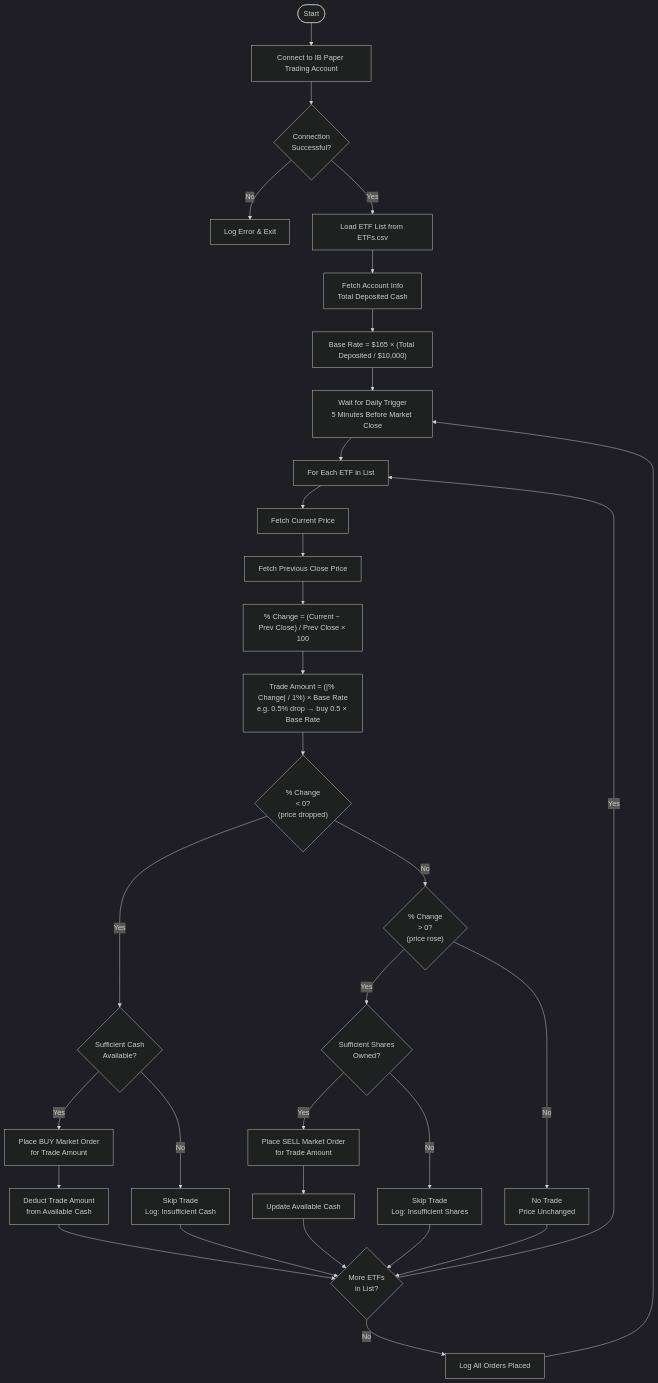
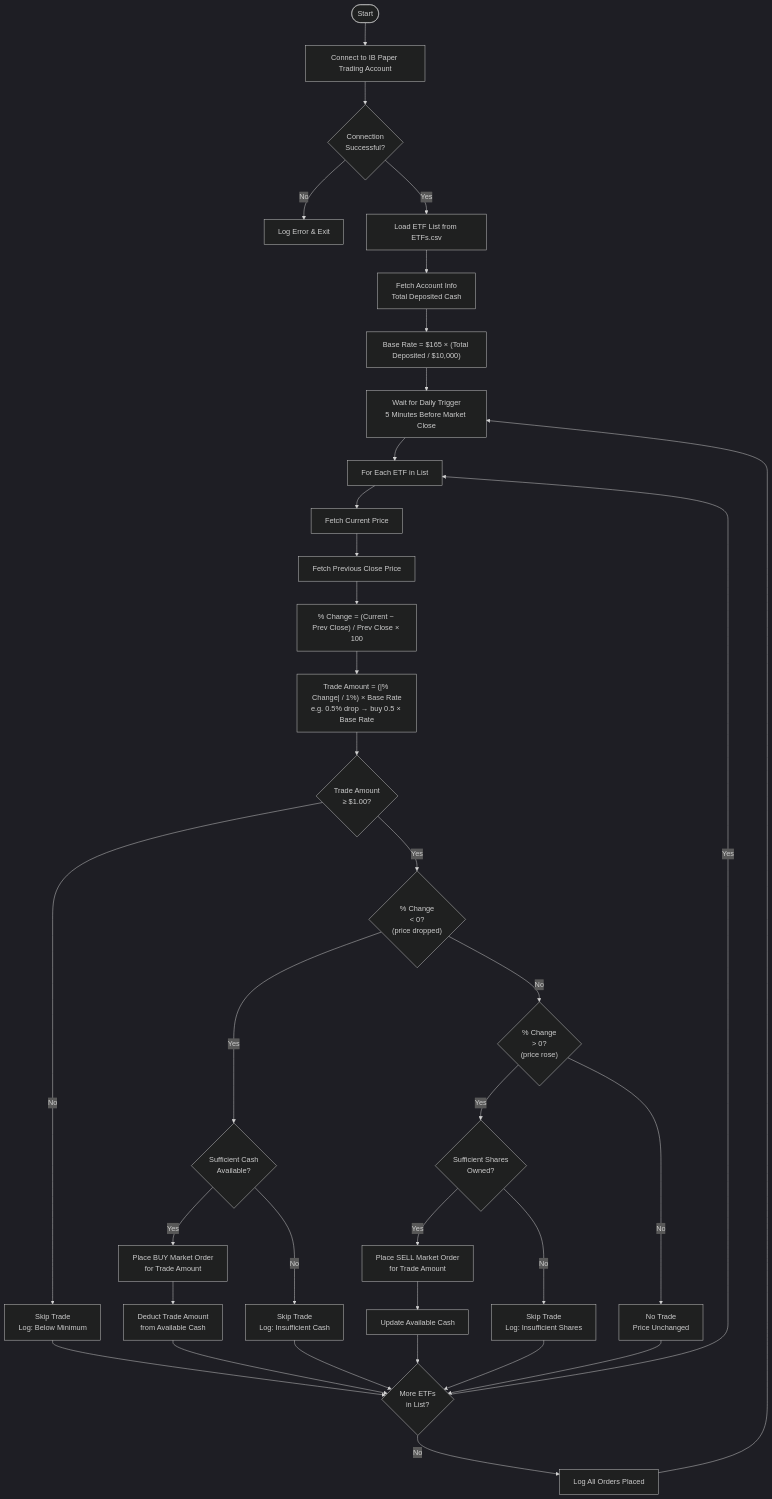
Before and after one commit to josephskelly/Algorithmic_Trading: the diagram in README.md, drawn with Mermaid (dark theme). The commit also changed 1 other file, not shown here.

Commit message:
Add $1.00 minimum trade size threshold
Skip any trade where the calculated amount is less than $1.00.
Updated CLAUDE.md rule and README flow chart.

https://claude.ai/code/session_01FPgYHCZYFYqK8Kvv7uBaDH

````diff
--- a/README.md
+++ b/README.md
@@ -10,40 +10,42 @@
 ```mermaid
 flowchart TD
     A([Start]) --> B[Connect to IB Paper Trading Account]
     B --> C{Connection\nSuccessful?}
     C -- No --> D[Log Error & Exit]
     C -- Yes --> E[Load ETF List from ETFs.csv]
     E --> F[Fetch Account Info\nTotal Deposited Cash]
     F --> G["Base Rate = $165 × (Total Deposited / $10,000)"]
 
     G --> H[Wait for Daily Trigger\n5 Minutes Before Market Close]
 
     H --> I[For Each ETF in List]
     I --> J[Fetch Current Price]
     J --> K[Fetch Previous Close Price]
     K --> L["% Change = (Current − Prev Close) / Prev Close × 100"]
     L --> M["Trade Amount = (|% Change| / 1%) × Base Rate\ne.g. 0.5% drop → buy 0.5 × Base Rate"]
-
-    M --> N{"% Change\n< 0?\n(price dropped)"}
+    M --> M2{"Trade Amount\n≥ $1.00?"}
+    M2 -- No --> M3[Skip Trade\nLog: Below Minimum]
+    M3 --> S
+    M2 -- Yes --> N{"% Change\n< 0?\n(price dropped)"}
     N -- Yes --> O{Sufficient Cash\nAvailable?}
     O -- No --> P[Skip Trade\nLog: Insufficient Cash]
     O -- Yes --> Q[Place BUY Market Order\nfor Trade Amount]
     Q --> R[Deduct Trade Amount\nfrom Available Cash]
     R --> S{More ETFs\nin List?}
     P --> S
 
     N -- No --> T{"% Change\n> 0?\n(price rose)"}
     T -- Yes --> U{Sufficient Shares\nOwned?}
     U -- No --> V[Skip Trade\nLog: Insufficient Shares]
     U -- Yes --> W[Place SELL Market Order\nfor Trade Amount]
     W --> X[Update Available Cash]
     X --> S
     V --> S
 
     T -- No --> Y[No Trade\nPrice Unchanged]
     Y --> S
 
     S -- Yes --> I
     S -- No --> Z[Log All Orders Placed]
     Z --> H
 ```
````
